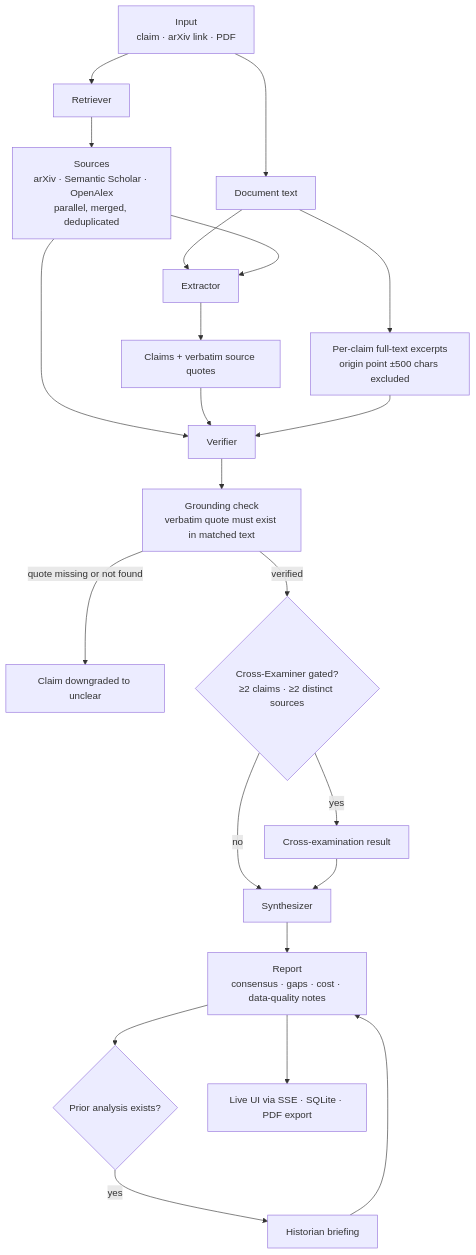
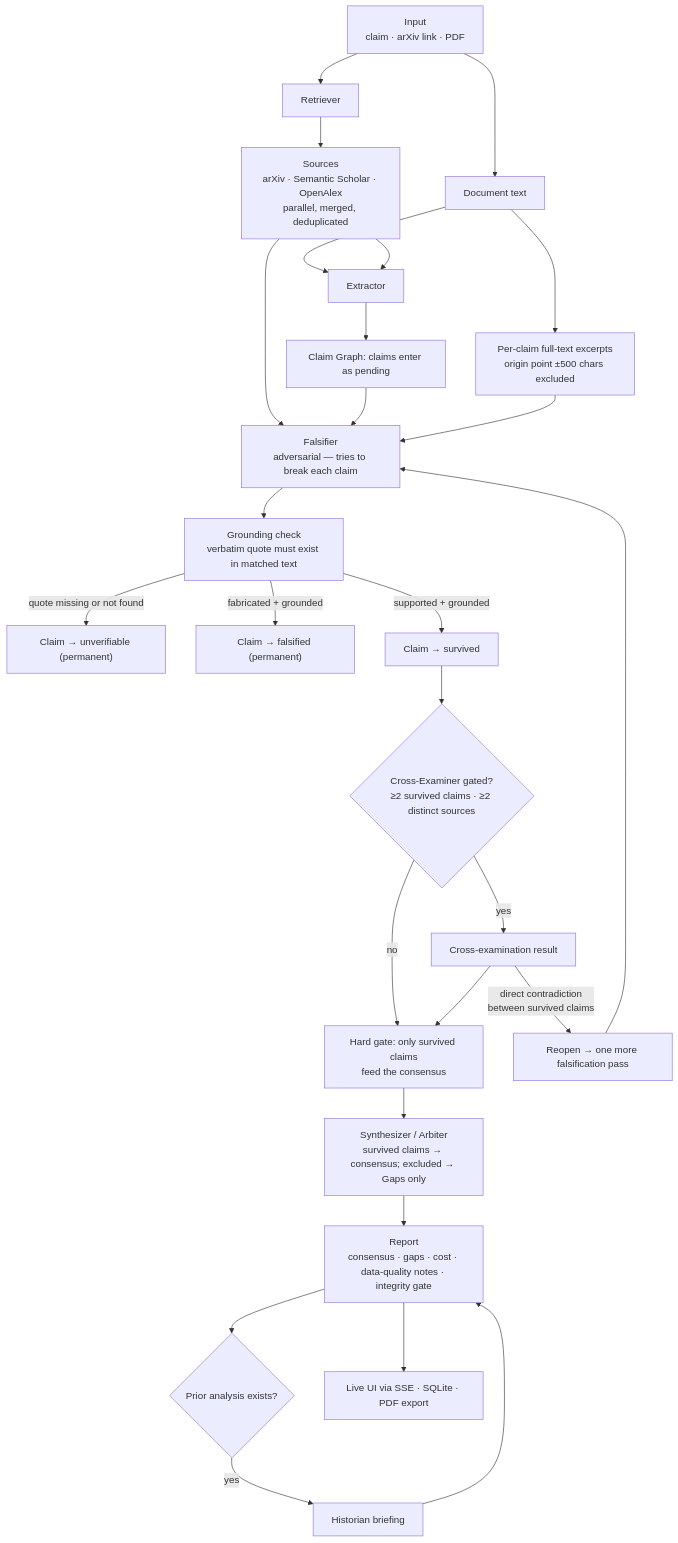
The diagram in README.md (DiverseXL/paperagents), drawn with Mermaid before and after one commit. The commit also changed other lines of this file and 23 other files, not shown here.

First line of the commit message:
refactor: replace verifier with falsifier agent, add claim graph, and update pipeline

````diff
--- a/README.md
+++ b/README.md
@@ -39,24 +57,29 @@
 ```mermaid
 flowchart TD
     IN["Input<br/>claim · arXiv link · PDF"] --> RET["Retriever"]
     IN --> DOC["Document text"]
     RET --> SRC["Sources<br/>arXiv · Semantic Scholar · OpenAlex<br/>parallel, merged, deduplicated"]
     DOC --> EXT["Extractor"]
     SRC --> EXT
-    EXT --> CL["Claims + verbatim source quotes"]
-    SRC --> VER["Verifier"]
-    CL --> VER
+    EXT --> CL["Claim Graph: claims enter as pending"]
+    SRC --> FAL["Falsifier<br/>adversarial — tries to break each claim"]
+    CL --> FAL
     DOC --> EX["Per-claim full-text excerpts<br/>origin point ±500 chars excluded"]
-    EX --> VER
-    VER --> GR["Grounding check<br/>verbatim quote must exist in matched text"]
-    GR -->|"quote missing or not found"| DWN["Claim downgraded to unclear"]
-    GR -->|"verified"| XE{"Cross-Examiner gated?<br/>≥2 claims · ≥2 distinct sources"}
-    XE -->|"no"| SYN["Synthesizer"]
+    EX --> FAL
+    FAL --> GR["Grounding check<br/>verbatim quote must exist in matched text"]
+    GR -->|"quote missing or not found"| DWN["Claim → unverifiable (permanent)"]
+    GR -->|"fabricated + grounded"| FB["Claim → falsified (permanent)"]
+    GR -->|"supported + grounded"| SV["Claim → survived"]
+    SV --> XE{"Cross-Examiner gated?<br/>≥2 survived claims · ≥2 distinct sources"}
+    XE -->|"no"| GATE["Hard gate: only survived claims<br/>feed the consensus"]
     XE -->|"yes"| XR["Cross-examination result"]
-    XR --> SYN
-    SYN --> RE["Report<br/>consensus · gaps · cost · data-quality notes"]
+    XR -->|"direct contradiction<br/>between survived claims"| RC["Reopen → one more falsification pass"]
+    RC --> FAL
+    XR --> GATE
+    GATE --> SYN["Synthesizer / Arbiter<br/>survived claims → consensus; excluded → Gaps only"]
+    SYN --> RE["Report<br/>consensus · gaps · cost · data-quality notes · integrity gate"]
     RE --> HI{"Prior analysis exists?"}
     HI -->|"yes"| HB["Historian briefing"]
     HB --> RE
     RE --> OUT["Live UI via SSE · SQLite · PDF export"]
 ```
````
